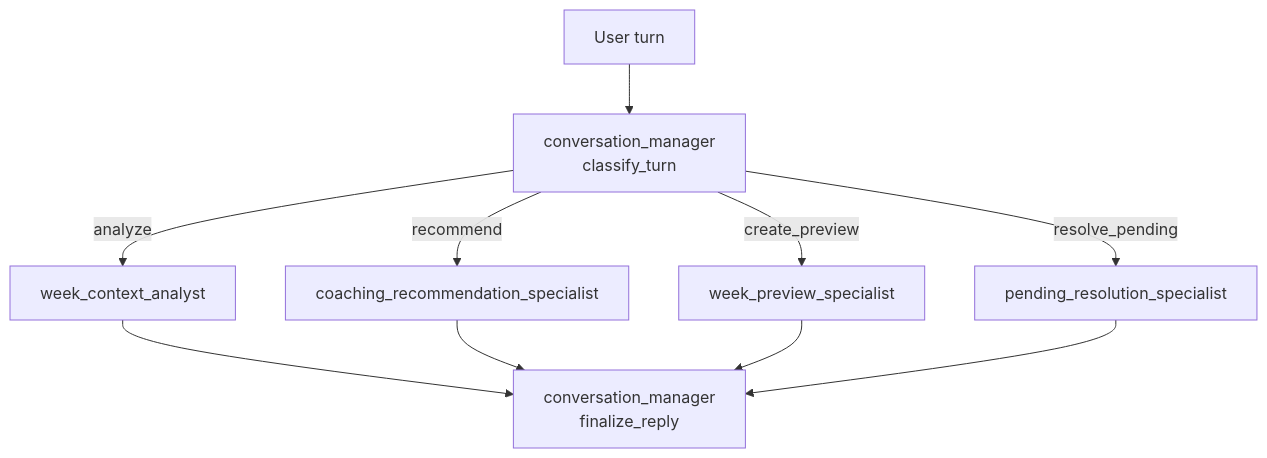
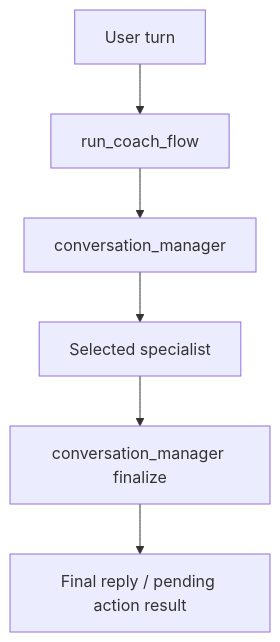
One commit to albauer-priv/RPS changed the sixth of 6 diagrams in doc/architecture/crewai_flows.md. Above: the diagram before and after it, drawn with Mermaid. The commit also changed other lines of this file and 5 other files, not shown here.

Commit message:
docs: update crewai skills and planning architecture

````diff
--- a/doc/architecture/crewai_flows.md
+++ b/doc/architecture/crewai_flows.md
@@ -273,12 +252,8 @@
 ```mermaid
 flowchart TD
-  USER["User turn"] --> MANAGER["conversation_manager\nclassify_turn"]
-  MANAGER -->|analyze| ANALYST["week_context_analyst"]
-  MANAGER -->|recommend| COACHER["coaching_recommendation_specialist"]
-  MANAGER -->|create_preview| PREVIEW["week_preview_specialist"]
-  MANAGER -->|resolve_pending| PENDING["pending_resolution_specialist"]
-  ANALYST --> FINAL["conversation_manager\nfinalize_reply"]
-  COACHER --> FINAL
-  PREVIEW --> FINAL
-  PENDING --> FINAL
+  USER["User turn"] --> FLOW["run_coach_flow"]
+  FLOW --> MANAGER["conversation_manager"]
+  MANAGER --> SPECIALIST["Selected specialist"]
+  SPECIALIST --> FINAL["conversation_manager finalize"]
+  FINAL --> USEROUT["Final reply / pending action result"]
 ```
````
